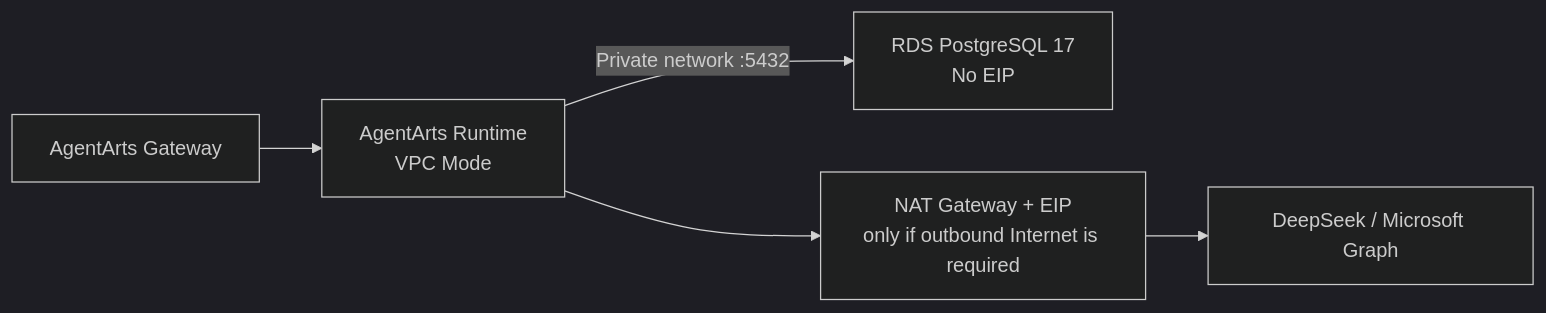
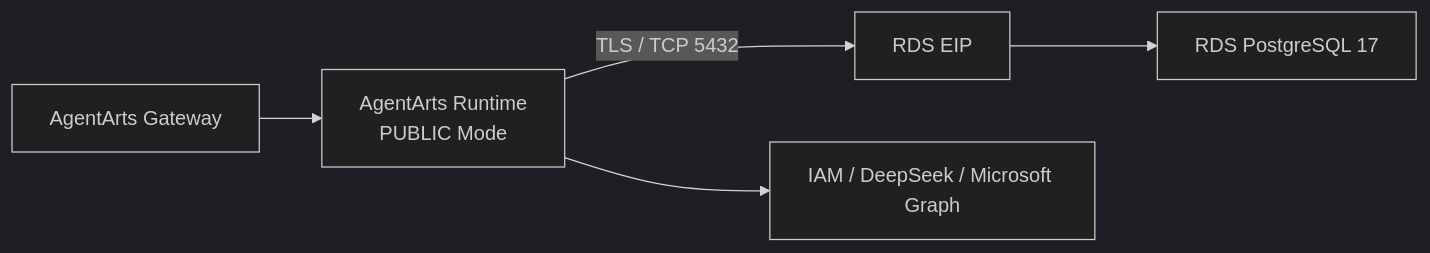
Before and after one commit to T-1009/personal-assistant: the diagram in personal-assistant-meta/architecture/ADR/ADR-012-database-postgresql.md, drawn with Mermaid (dark theme). The commit also changed other lines of this file and 9 other files, not shown here.

Commit message:
feat(infra): expose demo RDS through EIP

````diff
--- a/personal-assistant-meta/architecture/ADR/ADR-012-database-postgresql.md
+++ b/personal-assistant-meta/architecture/ADR/ADR-012-database-postgresql.md
@@ -192,7 +192,7 @@
 ```mermaid
 flowchart LR
-    Gateway["AgentArts Gateway"] --> Runtime["AgentArts Runtime<br/>VPC Mode"]
-    Runtime -->|"Private network :5432"| RDS["RDS PostgreSQL 17<br/>No EIP"]
-    Runtime --> NAT["NAT Gateway + EIP<br/>only if outbound Internet is required"]
-    NAT --> External["DeepSeek / Microsoft Graph"]
+    Gateway["AgentArts Gateway"] --> Runtime["AgentArts Runtime<br/>PUBLIC Mode"]
+    Runtime -->|"TLS / TCP 5432"| EIP["RDS EIP"]
+    EIP --> RDS["RDS PostgreSQL 17"]
+    Runtime --> External["IAM / DeepSeek / Microsoft Graph"]
 ```
````
